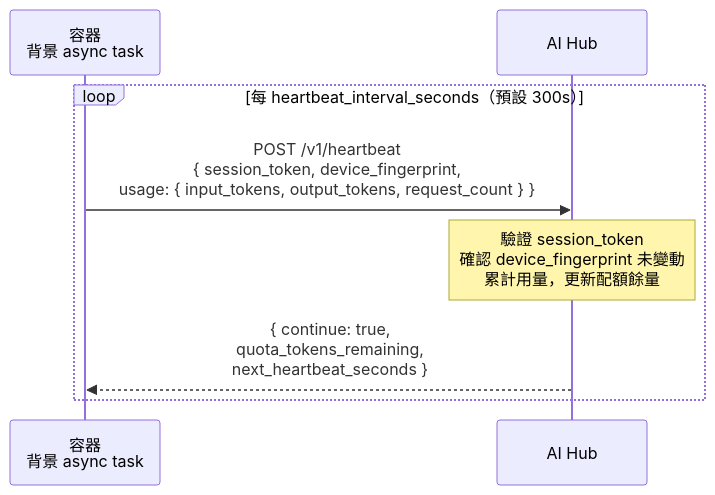
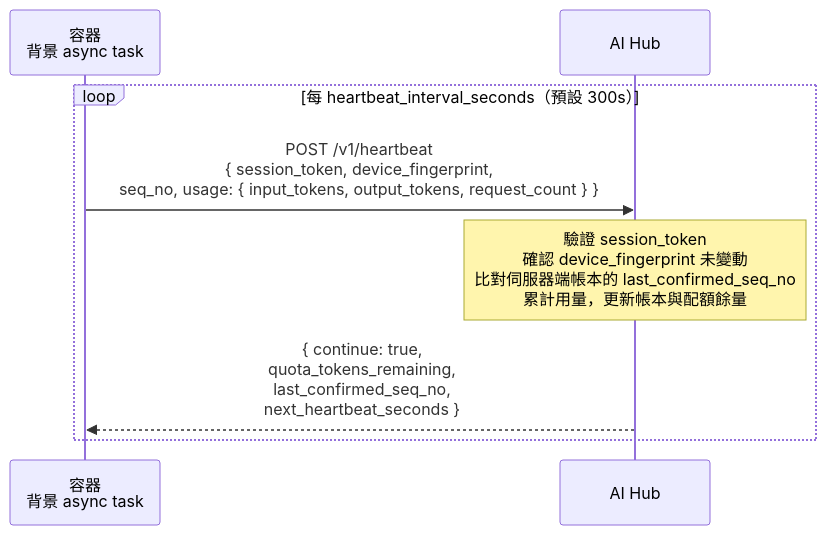
Before and after one commit to t200i/footfit: the second of 6 diagrams in docs/aihub-activation-handshake.md, drawn with Mermaid. The commit also changed other lines of this file, not shown here.

````diff
--- a/docs/aihub-activation-handshake.md
+++ b/docs/aihub-activation-handshake.md
@@ -98,11 +106,11 @@
 ```mermaid
 sequenceDiagram
     participant E as 容器<br/>背景 async task
     participant H as AI Hub
 
     loop 每 heartbeat_interval_seconds（預設 300s）
-        E->>H: POST /v1/heartbeat<br/>{ session_token, device_fingerprint,<br/>  usage: { input_tokens, output_tokens, request_count } }
-        Note over H: 驗證 session_token<br/>確認 device_fingerprint 未變動<br/>累計用量，更新配額餘量
-        H-->>E: { continue: true,<br/>  quota_tokens_remaining,<br/>  next_heartbeat_seconds }
+        E->>H: POST /v1/heartbeat<br/>{ session_token, device_fingerprint,<br/>  seq_no, usage: { input_tokens, output_tokens, request_count } }
+        Note over H: 驗證 session_token<br/>確認 device_fingerprint 未變動<br/>比對伺服器端帳本的 last_confirmed_seq_no<br/>累計用量，更新帳本與配額餘量
+        H-->>E: { continue: true,<br/>  quota_tokens_remaining,<br/>  last_confirmed_seq_no,<br/>  next_heartbeat_seconds }
     end
 ```
````
